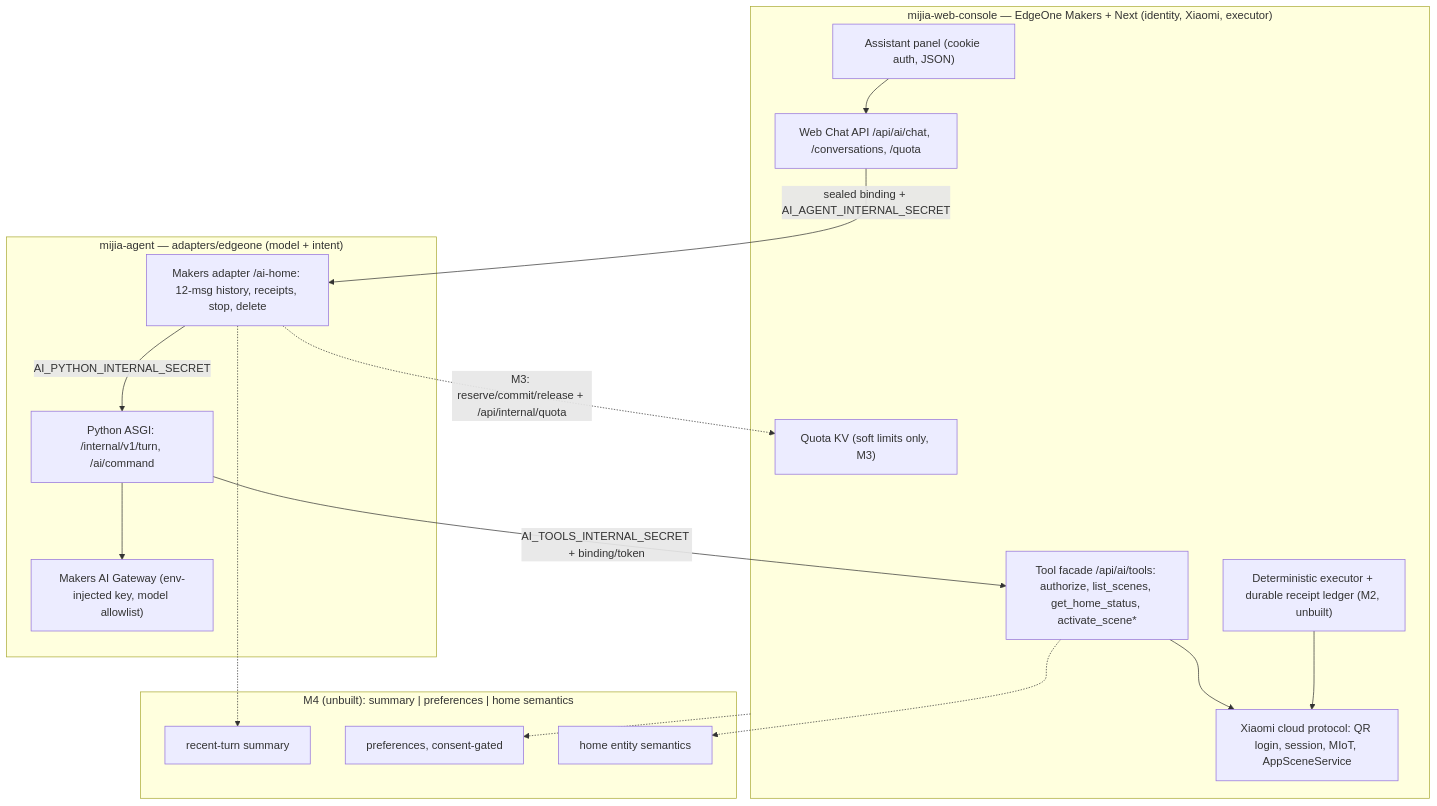
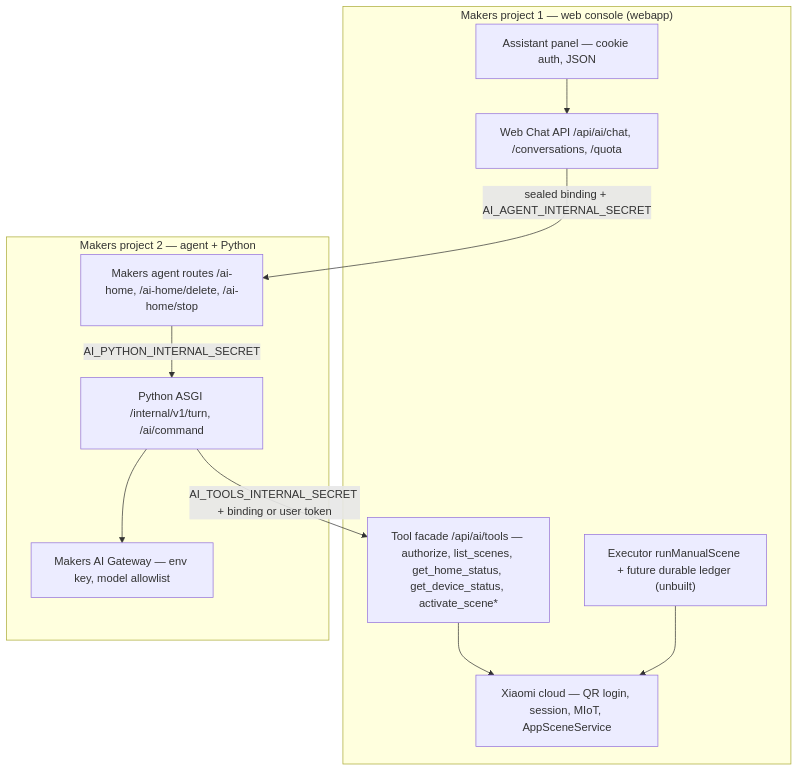
The diagram in docs/steward-report-alignment.md (zhangys10/mijia-agent), drawn with Mermaid before and after one commit. The commit also changed other lines of this file and 7 other files, not shown here.

````diff
--- a/docs/steward-report-alignment.md
+++ b/docs/steward-report-alignment.md
@@ -35,32 +39,22 @@
 ```mermaid
 flowchart TD
-    subgraph Console["mijia-web-console — EdgeOne Makers + Next (identity, Xiaomi, executor)"]
-        Panel["Assistant panel (cookie auth, JSON)"]
-        Chat["Web Chat API /api/ai/chat, /conversations, /quota"]
-        Tools["Tool facade /api/ai/tools: authorize, list_scenes, get_home_status, activate_scene*"]
-        Exec["Deterministic executor + durable receipt ledger (M2, unbuilt)"]
-        KV["Quota KV (soft limits only, M3)"]
-        Mi["Xiaomi cloud protocol: QR login, session, MIoT, AppSceneService"]
-    end
-    subgraph Agent["mijia-agent — adapters/edgeone (model + intent)"]
-        Adapter["Makers adapter /ai-home: 12-msg history, receipts, stop, delete"]
-        Py["Python ASGI: /internal/v1/turn, /ai/command"]
-        GW["Makers AI Gateway (env-injected key, model allowlist)"]
-    end
-    Panel --> Chat
-    Chat -->|"sealed binding + AI_AGENT_INTERNAL_SECRET"| Adapter
-    Adapter -->|"AI_PYTHON_INTERNAL_SECRET"| Py
-    Py --> GW
-    Py -->|"AI_TOOLS_INTERNAL_SECRET + binding/token"| Tools
-    Tools --> Mi
-    Exec --> Mi
-    Adapter -.->|"M3: reserve/commit/release + /api/internal/quota"| KV
-    subgraph Memory["M4 (unbuilt): summary | preferences | home semantics"]
-        Msum["recent-turn summary"]
-        Mpref["preferences, consent-gated"]
-        Msem["home entity semantics"]
-    end
-    Adapter -.-> Msum
-    Tools -.-> Msem
-    Console -.-> Mpref
+  subgraph Webapp["Makers project 1 — web console (webapp)"]
+    Panel["Assistant panel — cookie auth, JSON"]
+    Chat["Web Chat API /api/ai/chat, /conversations, /quota"]
+    Facade["Tool facade /api/ai/tools — authorize, list_scenes, get_home_status, get_device_status, activate_scene*"]
+    Exec["Executor runManualScene + future durable ledger (unbuilt)"]
+    XM["Xiaomi cloud — QR login, session, MIoT, AppSceneService"]
+  end
+  subgraph Agent["Makers project 2 — agent + Python"]
+    Routes["Makers agent routes /ai-home, /ai-home/delete, /ai-home/stop"]
+    Py["Python ASGI /internal/v1/turn, /ai/command"]
+    GW["Makers AI Gateway — env key, model allowlist"]
+  end
+  Panel --> Chat
+  Chat -->|"sealed binding + AI_AGENT_INTERNAL_SECRET"| Routes
+  Routes -->|"AI_PYTHON_INTERNAL_SECRET"| Py
+  Py --> GW
+  Py -->|"AI_TOOLS_INTERNAL_SECRET + binding or user token"| Facade
+  Facade --> XM
+  Exec --> XM
 ```
````
